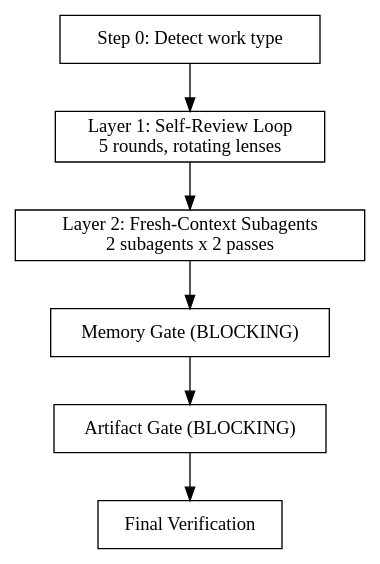
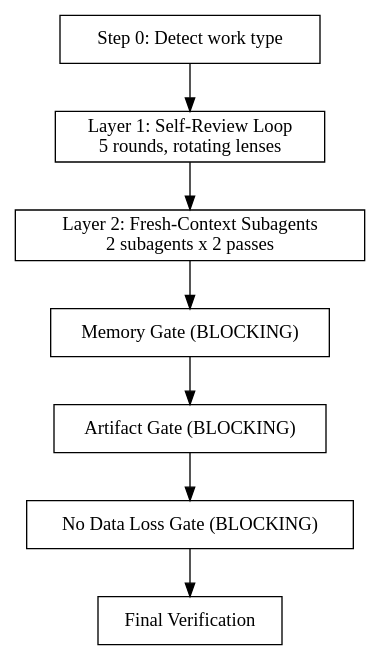
Before and after one commit to wgordon17/personal-claude-marketplace: the diagram in code-quality/skills/quality-gate/SKILL.md, drawn with Graphviz. The commit also changed other lines of this file and 8 other files, not shown here.

````diff
--- a/code-quality/skills/quality-gate/SKILL.md
+++ b/code-quality/skills/quality-gate/SKILL.md
@@ -32,13 +32,14 @@
 ```dot
 digraph quality_gate {
   rankdir=TB;
   node [shape=box];
   detect [label="Step 0: Detect work type"];
   layer1 [label="Layer 1: Self-Review Loop\n5 rounds, rotating lenses"];
   layer2 [label="Layer 2: Fresh-Context Subagents\n2 subagents x 2 passes"];
   memory [label="Memory Gate (BLOCKING)"];
   artifact [label="Artifact Gate (BLOCKING)"];
+  nodataloss [label="No Data Loss Gate (BLOCKING)"];
   final [label="Final Verification"];
-  detect -> layer1 -> layer2 -> memory -> artifact -> final;
+  detect -> layer1 -> layer2 -> memory -> artifact -> nodataloss -> final;
 }
 ```
````
